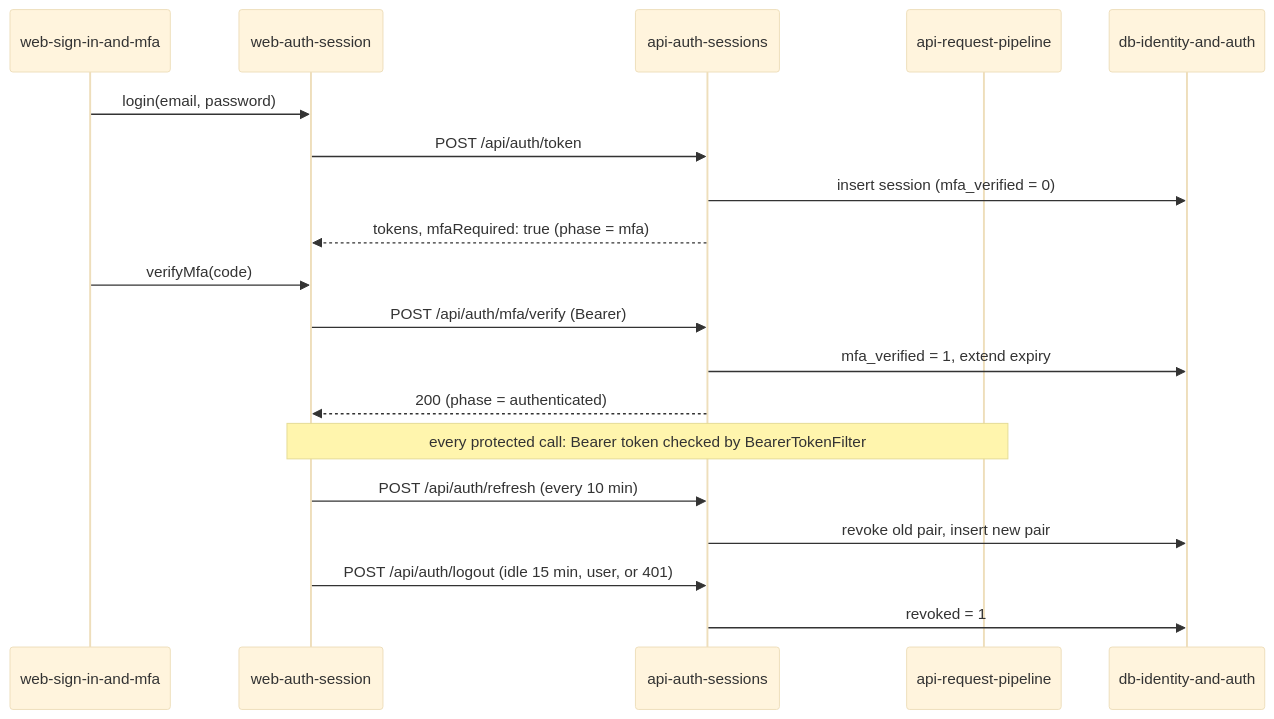
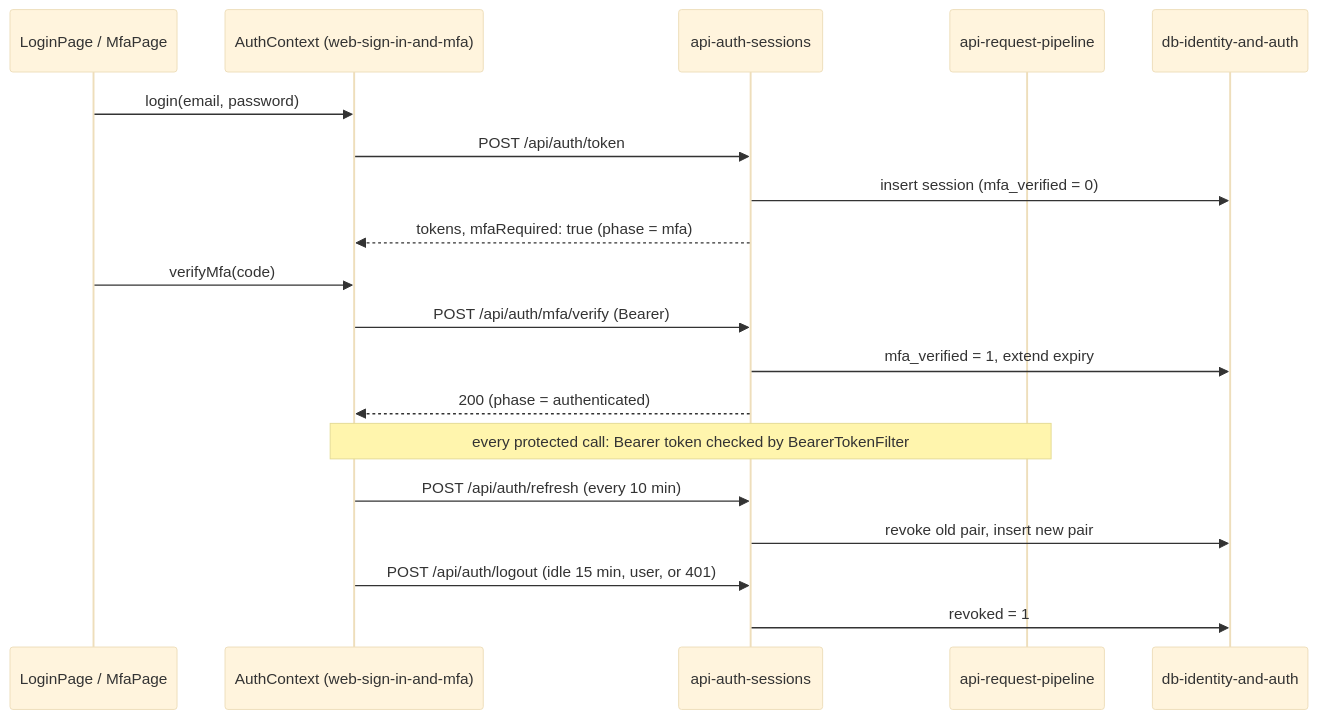
The diagram in shared/integration-patterns/sign-in-and-session-lifecycle.md (Intelliware/electric-wealth-knowledge-base), drawn with Mermaid (base theme) before and after one commit. The commit also changed other lines of this file and 16 other files, not shown here.

First line of the commit message:
docs(kb): merge web sign-in code into one component

````diff
--- a/shared/integration-patterns/sign-in-and-session-lifecycle.md
+++ b/shared/integration-patterns/sign-in-and-session-lifecycle.md
@@ -7,21 +7,21 @@
 ```mermaid
 sequenceDiagram
-    participant UI as web-sign-in-and-mfa
-    participant Auth as web-auth-session
+    participant UI as LoginPage / MfaPage
+    participant Auth as AuthContext (web-sign-in-and-mfa)
     participant API as api-auth-sessions
     participant Pipe as api-request-pipeline
     participant DB as db-identity-and-auth
     UI->>Auth: login(email, password)
     Auth->>API: POST /api/auth/token
     API->>DB: insert session (mfa_verified = 0)
     API-->>Auth: tokens, mfaRequired: true (phase = mfa)
     UI->>Auth: verifyMfa(code)
     Auth->>API: POST /api/auth/mfa/verify (Bearer)
     API->>DB: mfa_verified = 1, extend expiry
     API-->>Auth: 200 (phase = authenticated)
     Note over Auth,Pipe: every protected call: Bearer token checked by BearerTokenFilter
     Auth->>API: POST /api/auth/refresh (every 10 min)
     API->>DB: revoke old pair, insert new pair
     Auth->>API: POST /api/auth/logout (idle 15 min, user, or 401)
     API->>DB: revoked = 1
 ```
````
